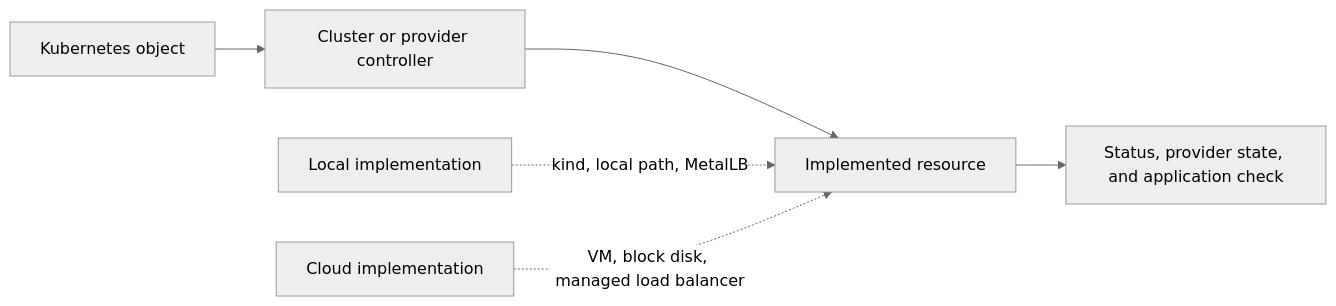
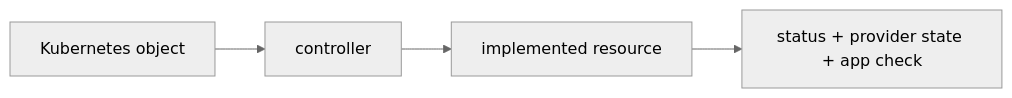
Before and after one commit to darshan-raul/apollo11-docs: the diagram in docs/learn/cloud/local-to-cloud.md, drawn with Mermaid (neutral theme). The commit also changed other lines of this file and 55 other files, not shown here.

````diff
--- a/docs/learn/cloud/local-to-cloud.md
+++ b/docs/learn/cloud/local-to-cloud.md
@@ -38,8 +24,4 @@
 ```mermaid
 flowchart LR
-  Object[Kubernetes object] --> Controller[Cluster or provider controller]
-  Controller --> Resource[Implemented resource]
-  Local[Local implementation] -.kind, local path, MetalLB.-> Resource
-  Cloud[Cloud implementation] -.VM, block disk, managed load balancer.-> Resource
-  Resource --> Evidence[Status, provider state, and application check]
+  Obj[Kubernetes object] --> Ctl[controller] --> Res[implemented resource] --> Ev[status + provider state + app check]
 ```
````
